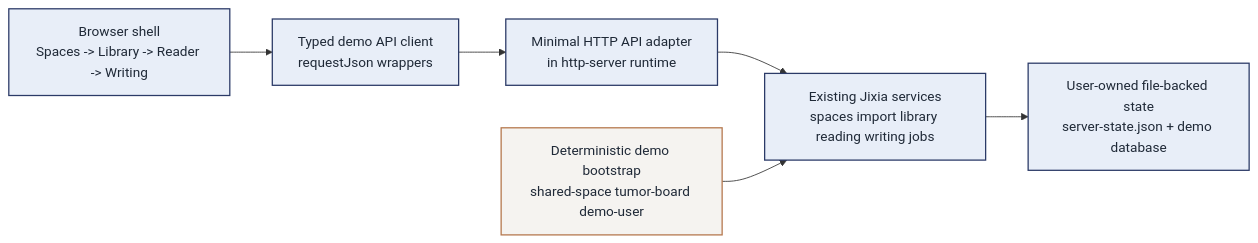
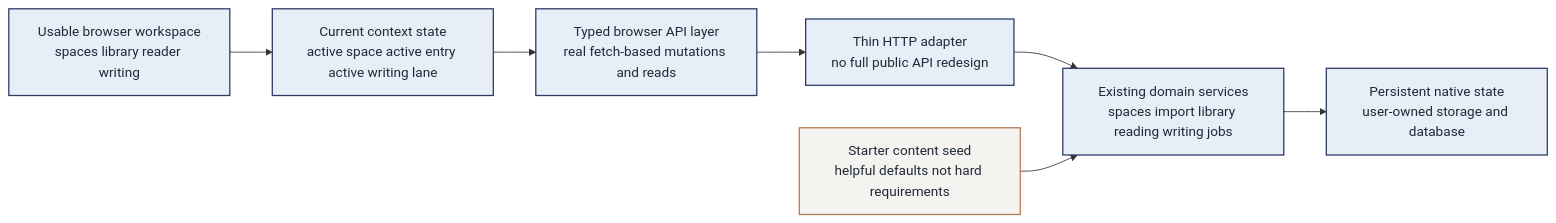
Before and after one commit to 1508324011/Jixia: the diagram in docs/plans/2026-03-22-jixia-native-demo-showcase-design.md, drawn with Mermaid. The commit also changed other lines of this file and 21 other files, not shown here.

Commit message:
feat: pivot native demo toward usable persisted workflows

````diff
--- a/docs/plans/2026-03-22-jixia-native-demo-showcase-design.md
+++ b/docs/plans/2026-03-22-jixia-native-demo-showcase-design.md
@@ -85,21 +141,22 @@
 ```mermaid
 flowchart LR
-    accTitle: Jixia Native Demo Architecture
-    accDescr: The native demo uses the existing browser shell, a minimal HTTP API adapter, deterministic demo bootstrap data, and the existing server-side services with file-backed state in user-owned paths.
+    accTitle: Jixia Usable Demo Architecture
+    accDescr: The usable demo keeps the existing server-first runtime but broadens the browser and HTTP surface from one guided fixture path into a reusable single-tenant workspace with persistent state.
 
-    browser["Browser shell\nSpaces -> Library -> Reader -> Writing"]
-    client["Typed demo API client\nrequestJson wrappers"]
-    api["Minimal HTTP API adapter\nin http-server runtime"]
-    services["Existing Jixia services\nspaces import library reading writing jobs"]
-    seed["Deterministic demo bootstrap\nshared-space tumor-board demo-user"]
-    state["User-owned file-backed state\nserver-state.json + demo database"]
+    browser["Usable browser workspace\nspaces library reader writing"]
+    context["Current context state\nactive space active entry active writing lane"]
+    client["Typed browser API layer\nreal fetch-based mutations and reads"]
+    api["Thin HTTP adapter\nno full public API redesign"]
+    services["Existing domain services\nspaces import library reading writing jobs"]
+    seed["Starter content seed\nhelpful defaults not hard requirements"]
+    state["Persistent native state\nuser-owned storage and database"]
 
-    browser --> client --> api --> services --> state
+    browser --> context --> client --> api --> services --> state
     seed --> services
 
     classDef primary fill:#e8eef8,stroke:#2b3a67,stroke-width:1.5px,color:#1f2937
     classDef support fill:#f5f3f0,stroke:#b5774d,stroke-width:1.5px,color:#1f2937
 
-    class browser,client,api,services,state primary
+    class browser,context,client,api,services,state primary
     class seed support
 ```
````
